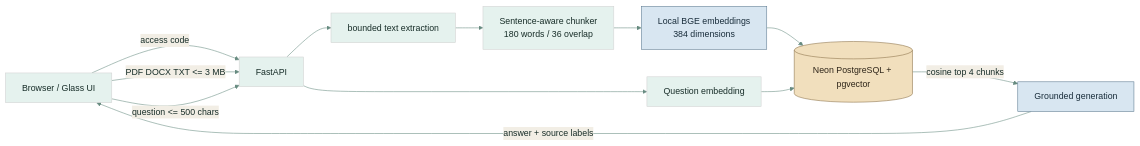
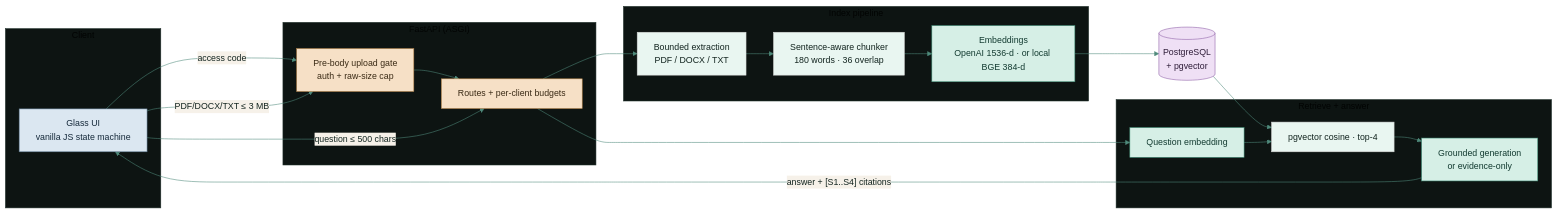
The first of 2 diagrams in README.md (abheet19/Textify), drawn with Mermaid before and after one commit. The commit also changed other lines of this file and 4 other files, not shown here.

````diff
--- a/README.md
+++ b/README.md
@@ -53,20 +60,37 @@
 ```mermaid
-%%{init: {'theme': 'base', 'themeVariables': {'primaryColor':'#e5f2ee','primaryTextColor':'#172d28','lineColor':'#678b80'}}}%%
+%%{init: {'theme':'base','themeVariables':{'fontFamily':'ui-sans-serif, system-ui','primaryColor':'#e9f6f1','primaryTextColor':'#12241f','lineColor':'#4f8a7b','clusterBkg':'#0d1412','clusterBorder':'#20302b'}}}%%
 flowchart LR
-    U[Browser / Glass UI] -->|access code| A[FastAPI]
-    U -->|PDF DOCX TXT <= 3 MB| A
-    A --> X[bounded text extraction]
-    X --> C[Sentence-aware chunker\n180 words / 36 overlap]
-    C --> E[Local BGE embeddings
-384 dimensions]
-    E --> P[(Neon PostgreSQL + pgvector)]
-    U -->|question <= 500 chars| A
-    A --> Q[Question embedding]
-    Q --> P
-    P -->|cosine top 4 chunks| G[Grounded generation]
-    G -->|answer + source labels| U
-    classDef store fill:#f1dfbd,stroke:#8a7048,color:#2e2519;
-    classDef model fill:#d8e6f1,stroke:#5c7990,color:#182c3a;
-    class P store;
-    class E,G model;
+    subgraph Client
+      U["Glass UI<br/>vanilla JS state machine"]
+    end
+    subgraph Edge["FastAPI (ASGI)"]
+      G0["Pre-body upload gate<br/>auth + raw-size cap"]
+      RT["Routes + per-client budgets"]
+    end
+    subgraph Ingest["Index pipeline"]
+      X["Bounded extraction<br/>PDF / DOCX / TXT"]
+      CK["Sentence-aware chunker<br/>180 words · 36 overlap"]
+      EM["Embeddings<br/>OpenAI 1536-d · or local BGE 384-d"]
+    end
+    subgraph Query["Retrieve + answer"]
+      QE["Question embedding"]
+      TK["pgvector cosine · top-4"]
+      GEN["Grounded generation<br/>or evidence-only"]
+    end
+    DB[("PostgreSQL<br/>+ pgvector")]
+
+    U -->|"access code"| G0 --> RT
+    U -->|"PDF/DOCX/TXT ≤ 3 MB"| G0
+    RT --> X --> CK --> EM --> DB
+    U -->|"question ≤ 500 chars"| RT --> QE --> TK
+    DB --> TK --> GEN -->|"answer + [S1..S4] citations"| U
+
+    classDef ui fill:#dbe7f1,stroke:#5c7990,color:#15293a;
+    classDef gate fill:#f6e0c6,stroke:#b07f45,color:#3a2a15;
+    classDef model fill:#d6efe6,stroke:#3f8f77,color:#123a30;
+    classDef store fill:#efe0f5,stroke:#8b5ca6,color:#2e1c38;
+    class U ui;
+    class G0,RT gate;
+    class EM,GEN,QE model;
+    class DB store;
 ```
````
